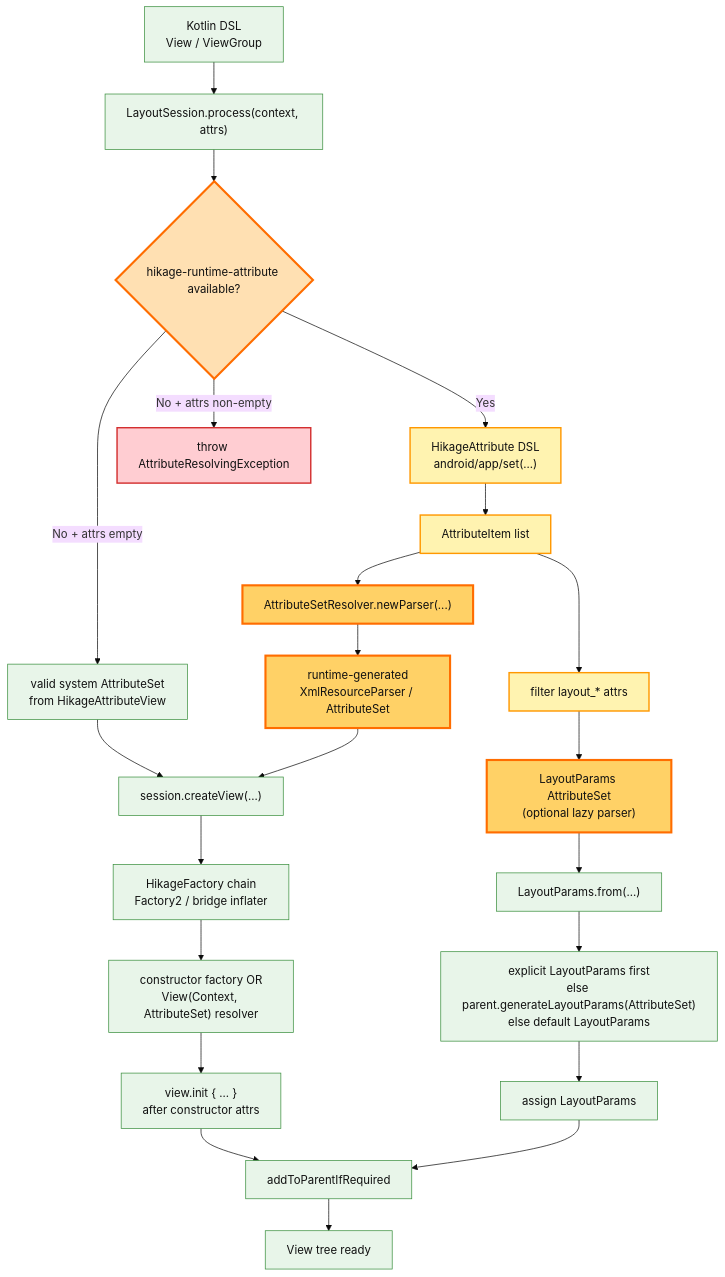
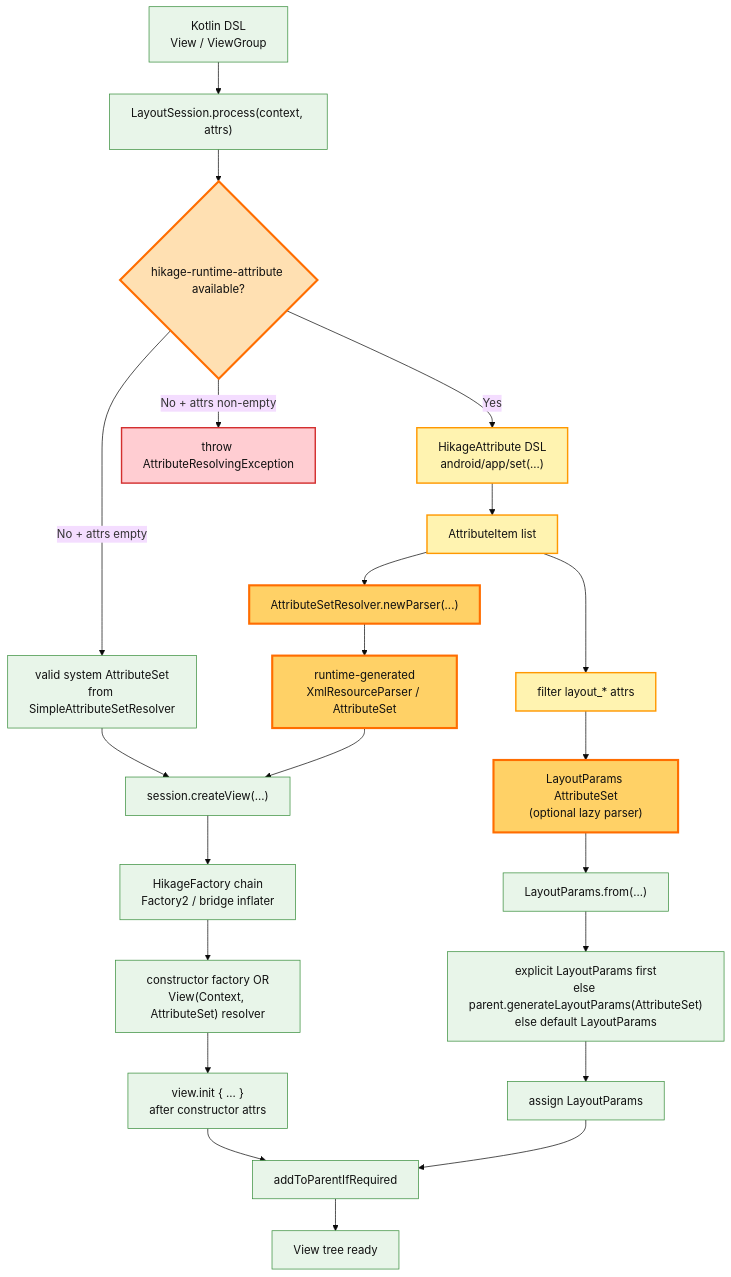
One commit to BetterAndroid/Hikage changed the second of 2 diagrams in docs-source/src/en/guide/architecture.md. Above: the diagram before and after it, drawn with Mermaid (base theme). The commit also changed 1 other file, not shown here.

Commit message:
docs: update architecture

````diff
--- a/docs-source/src/en/guide/architecture.md
+++ b/docs-source/src/en/guide/architecture.md
@@ -71,29 +71,29 @@
 ```mermaid
 %%{init: { "flowchart": { "nodeSpacing": 35, "rankSpacing": 45 } } }%%
 
 flowchart TB
   H1["Kotlin DSL\nView / ViewGroup"] --> H2["LayoutSession.process(context, attrs)"] --> H3{"hikage-runtime-attribute available?"}
 
   H3 -->|"Yes"| A1["HikageAttribute DSL\nandroid/app/set(...)"] --> A2["AttributeItem list"] --> A3["AttributeSetResolver.newParser(...)"] --> A4["runtime-generated\nXmlResourceParser / AttributeSet"]
   A2 --> A5["filter layout_* attrs"] --> A6["LayoutParams AttributeSet\n(optional lazy parser)"] --> H9["LayoutParams.from(...)"] --> H10["explicit LayoutParams first\nelse parent.generateLayoutParams(AttributeSet)\nelse default LayoutParams"]
 
-  H3 -->|"No + attrs empty"| H4["valid system AttributeSet\nfrom HikageAttributeView"] --> H6["session.createView(...)"]
+  H3 -->|"No + attrs empty"| H4["valid system AttributeSet\nfrom SimpleAttributeSetResolver"] --> H6["session.createView(...)"]
   H3 -->|"No + attrs non-empty"| H5["throw AttributeResolvingException"]
 
   A4 --> H6
   H6 --> H7["HikageFactory chain\nFactory2 / bridge inflater"] --> H8["constructor factory OR\nView(Context, AttributeSet) resolver"] --> H11["view.init { ... }\nafter constructor attrs"] --> H13["addToParentIfRequired"] --> H14["View tree ready"]
   H10 --> H12["assign LayoutParams"] --> H13
 
   style A1 fill:#fff3b0,stroke:#ff9800,stroke-width:2px,color:#111
   style A2 fill:#fff3b0,stroke:#ff9800,stroke-width:2px,color:#111
   style A3 fill:#ffd166,stroke:#ff6d00,stroke-width:3px,color:#111
   style A4 fill:#ffd166,stroke:#ff6d00,stroke-width:3px,color:#111
   style A5 fill:#fff3b0,stroke:#ff9800,stroke-width:2px,color:#111
   style A6 fill:#ffd166,stroke:#ff6d00,stroke-width:3px,color:#111
 
   style H3 fill:#ffe0b2,stroke:#ff6d00,stroke-width:3px,color:#111
   style H5 fill:#ffcdd2,stroke:#d32f2f,stroke-width:2px,color:#111
 
   classDef hikage fill:#e8f5e9,stroke:#388e3c,color:#111
   class H1,H2,H4,H6,H7,H8,H9,H10,H11,H12,H13,H14 hikage
 ```
````
